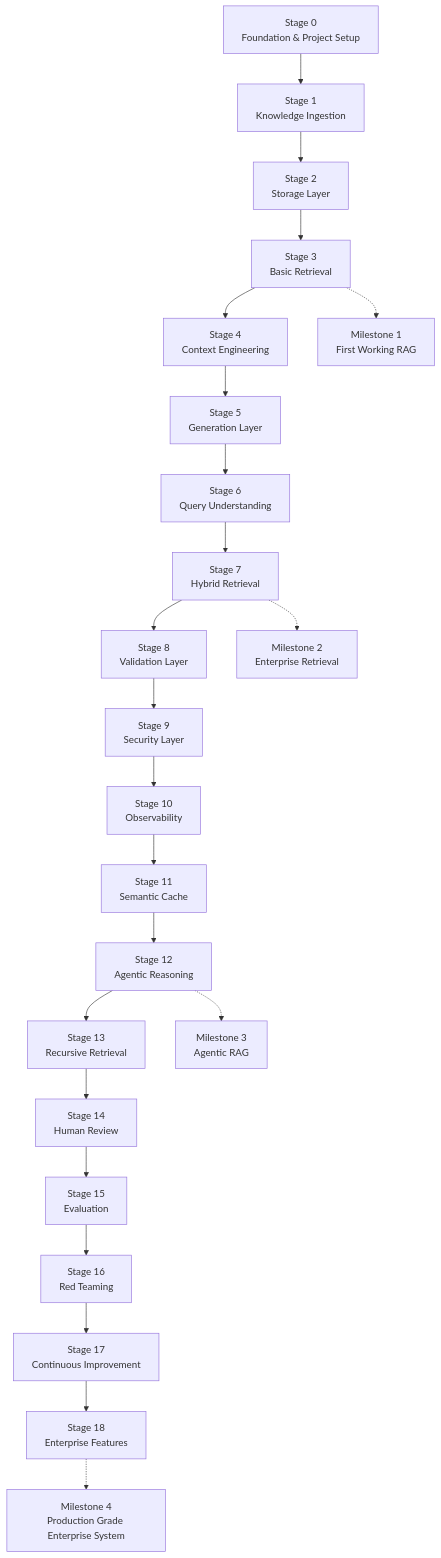
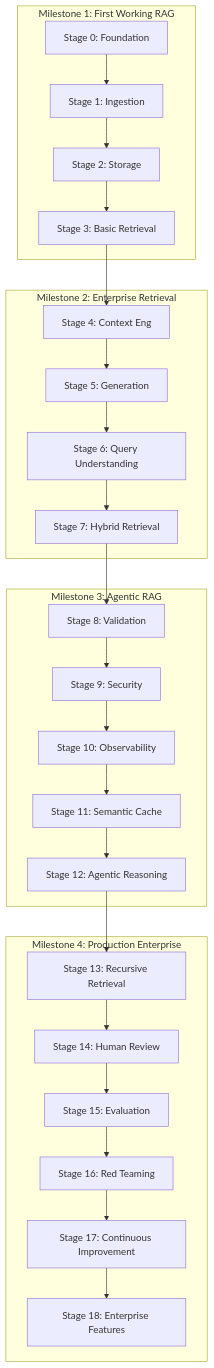
Before and after one commit to ntirth005/RAG2Prod: the first of 12 diagrams in README.md, drawn with Mermaid. The commit also changed other lines of this file, not shown here.

````diff
--- a/README.md
+++ b/README.md
@@ -5,87 +8,32 @@
 ```mermaid
 flowchart TD
+    subgraph M1["Milestone 1: First Working RAG"]
+        S0["Stage 0: Foundation"] --> S1["Stage 1: Ingestion"]
+        S1 --> S2["Stage 2: Storage"]
+        S2 --> S3["Stage 3: Basic Retrieval"]
+    end
 
-S0["Stage 0<br/>Foundation & Project Setup"]
+    subgraph M2["Milestone 2: Enterprise Retrieval"]
+        S3 --> S4["Stage 4: Context Eng"]
+        S4 --> S5["Stage 5: Generation"]
+        S5 --> S6["Stage 6: Query Understanding"]
+        S6 --> S7["Stage 7: Hybrid Retrieval"]
+    end
 
-S1["Stage 1<br/>Knowledge Ingestion"]
+    subgraph M3["Milestone 3: Agentic RAG"]
+        S7 --> S8["Stage 8: Validation"]
+        S8 --> S9["Stage 9: Security"]
+        S9 --> S10["Stage 10: Observability"]
+        S10 --> S11["Stage 11: Semantic Cache"]
+        S11 --> S12["Stage 12: Agentic Reasoning"]
+    end
 
-S2["Stage 2<br/>Storage Layer"]
-
-S3["Stage 3<br/>Basic Retrieval"]
-
-S4["Stage 4<br/>Context Engineering"]
-
-S5["Stage 5<br/>Generation Layer"]
-
-S6["Stage 6<br/>Query Understanding"]
-
-S7["Stage 7<br/>Hybrid Retrieval"]
-
-S8["Stage 8<br/>Validation Layer"]
-
-S9["Stage 9<br/>Security Layer"]
-
-S10["Stage 10<br/>Observability"]
-
-S11["Stage 11<br/>Semantic Cache"]
-
-S12["Stage 12<br/>Agentic Reasoning"]
-
-S13["Stage 13<br/>Recursive Retrieval"]
-
-S14["Stage 14<br/>Human Review"]
-
-S15["Stage 15<br/>Evaluation"]
-
-S16["Stage 16<br/>Red Teaming"]
-
-S17["Stage 17<br/>Continuous Improvement"]
-
-S18["Stage 18<br/>Enterprise Features"]
-
-S0 --> S1
-
-S1 --> S2
-
-S2 --> S3
-
-S3 --> S4
-
-S4 --> S5
-
-S5 --> S6
-
-S6 --> S7
-
-S7 --> S8
-
-S8 --> S9
-
-S9 --> S10
-
-S10 --> S11
-
-S11 --> S12
-
-S12 --> S13
-
-S13 --> S14
-
-S14 --> S15
-
-S15 --> S16
-
-S16 --> S17
-
-S17 --> S18
-
-%% Milestones
-
-S3 -.-> M1["Milestone 1<br/>First Working RAG"]
-
-S7 -.-> M2["Milestone 2<br/>Enterprise Retrieval"]
-
-S12 -.-> M3["Milestone 3<br/>Agentic RAG"]
-
-S18 -.-> M4["Milestone 4<br/>Production Grade Enterprise System"]
+    subgraph M4["Milestone 4: Production Enterprise"]
+        S12 --> S13["Stage 13: Recursive Retrieval"]
+        S13 --> S14["Stage 14: Human Review"]
+        S14 --> S15["Stage 15: Evaluation"]
+        S15 --> S16["Stage 16: Red Teaming"]
+        S16 --> S17["Stage 17: Continuous Improvement"]
+        S17 --> S18["Stage 18: Enterprise Features"]
+    end
 ```
````
